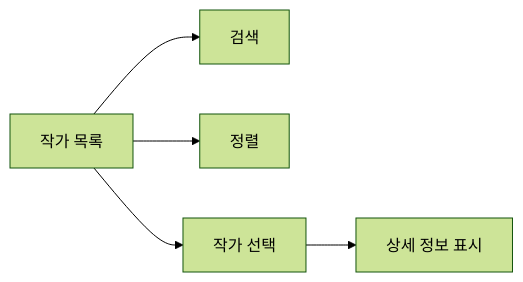
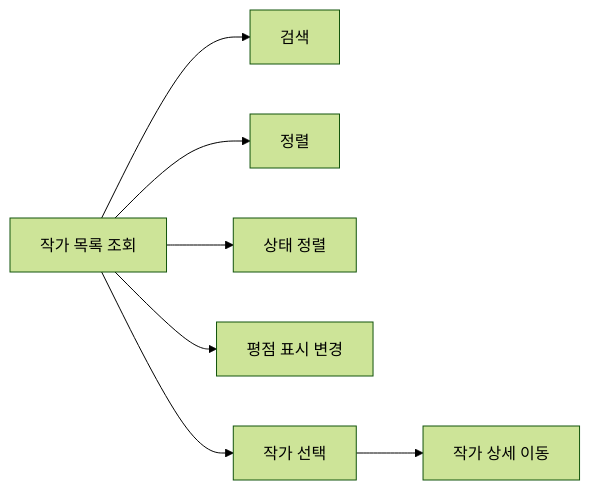
The fourth of 13 diagrams in docs/03_SYSTEM_FLOW.md (PKT0623/PixivLocalManager), drawn with Mermaid (forest theme) before and after one commit. The commit also changed other lines of this file and 11 other files, not shown here.

````diff
--- a/docs/03_SYSTEM_FLOW.md
+++ b/docs/03_SYSTEM_FLOW.md
@@ -52,13 +76,17 @@
 ```mermaid
 flowchart LR
 
-A[작가 목록]
+A[작가 목록 조회]
 
 A --> B[검색]
 
 A --> C[정렬]
 
-A --> D[작가 선택]
+A --> D[상태 정렬]
 
-D --> E[상세 정보 표시]
+A --> E[평점 표시 변경]
+
+A --> F[작가 선택]
+
+F --> G[작가 상세 이동]
 ```
````
